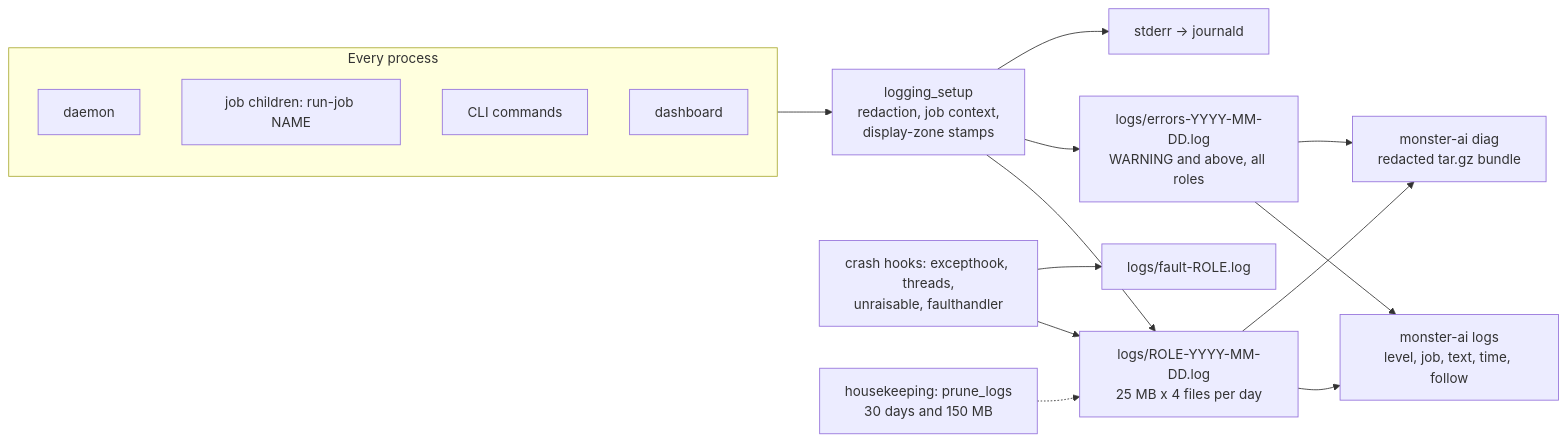
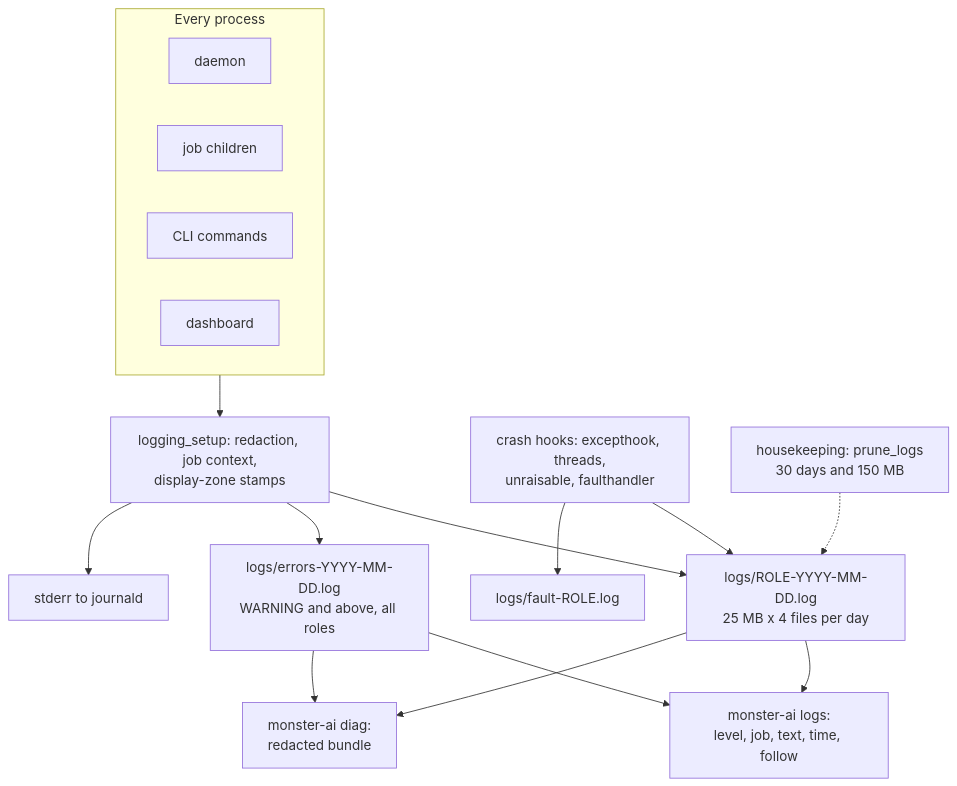
Before and after one commit to amansoni7477030/MonsterStock_AI: diagram 17 of 18 in MONSTER-AI/docs/ARCHITECTURE.md, drawn with Mermaid. The commit also changed other lines of this file and 5 other files, not shown here.

````diff
--- a/MONSTER-AI/docs/ARCHITECTURE.md
+++ b/MONSTER-AI/docs/ARCHITECTURE.md
@@ -716,20 +671,20 @@
 ```mermaid
-flowchart LR
+flowchart TB
     subgraph PROCS["Every process"]
         D["daemon"]
-        J["job children: run-job NAME"]
+        J["job children"]
         C["CLI commands"]
         W["dashboard"]
     end
-    PROCS --> LG["logging_setup<br/>redaction, job context,<br/>display-zone stamps"]
+    PROCS --> LG["logging_setup: redaction, job context,<br/>display-zone stamps"]
     LG --> F1["logs/ROLE-YYYY-MM-DD.log<br/>25 MB x 4 files per day"]
     LG --> F2["logs/errors-YYYY-MM-DD.log<br/>WARNING and above, all roles"]
-    LG --> JD["stderr -> journald"]
+    LG --> JD["stderr to journald"]
     CR["crash hooks: excepthook, threads,<br/>unraisable, faulthandler"] --> F1
     CR --> FL["logs/fault-ROLE.log"]
-    F1 --> LV["monster-ai logs<br/>level, job, text, time, follow"]
+    F1 --> LV["monster-ai logs:<br/>level, job, text, time, follow"]
     F2 --> LV
-    F1 --> DG["monster-ai diag<br/>redacted tar.gz bundle"]
+    F1 --> DG["monster-ai diag:<br/>redacted bundle"]
     F2 --> DG
     HKJ["housekeeping: prune_logs<br/>30 days and 150 MB"] -.-> F1
 ```
````
